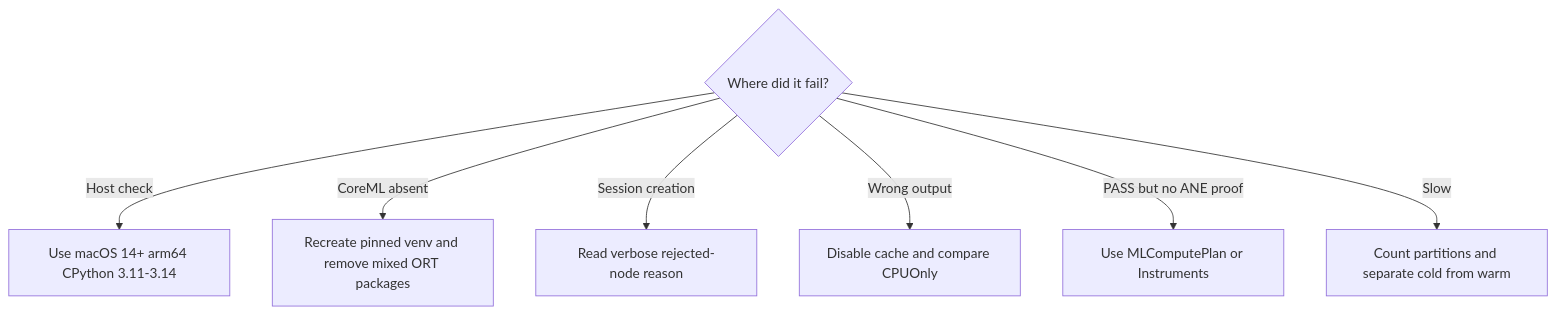
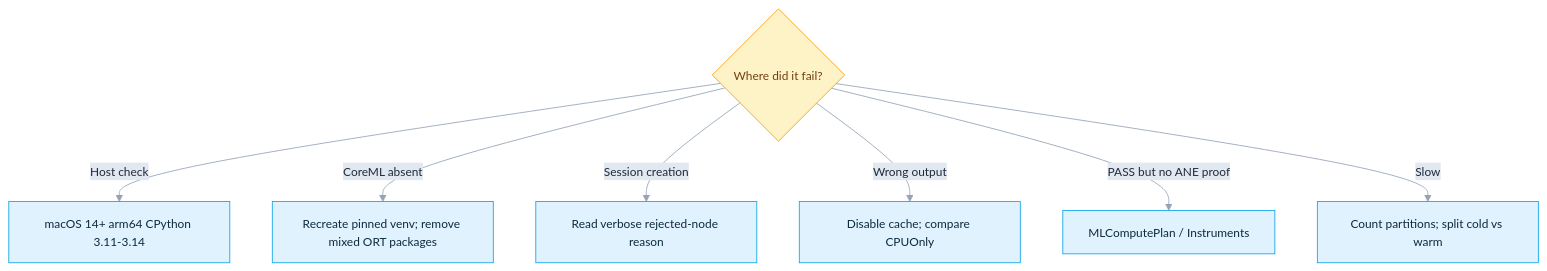
Before and after one commit to DakeQQ/Tutorial-ONNX-Runtime-Execution-Providers: diagram 11 of 12 in Apple/README.md, drawn with Mermaid. The commit also changed other lines of this file and 15 other files, not shown here.

````diff
--- a/Apple/README.md
+++ b/Apple/README.md
@@ -455,10 +603,15 @@
 ```mermaid
+%%{init: {"theme":"base","themeVariables":{"fontSize":"14px","lineColor":"#94a3b8","edgeLabelBackground":"#e2e8f0","primaryTextColor":"#1e293b"}}}%%
 flowchart TD
-  A{Where did it fail?}
-  A -->|Host check| B[Use macOS 14+ arm64 CPython 3.11-3.14]
-  A -->|CoreML absent| C[Recreate pinned venv and remove mixed ORT packages]
-  A -->|Session creation| D[Read verbose rejected-node reason]
-  A -->|Wrong output| E[Disable cache and compare CPUOnly]
-  A -->|PASS but no ANE proof| F[Use MLComputePlan or Instruments]
-  A -->|Slow| G[Count partitions and separate cold from warm]
+  A{"Where did it fail?"}
+  A -->|Host check| B["macOS 14+ arm64 CPython 3.11-3.14"]
+  A -->|CoreML absent| C["Recreate pinned venv; remove mixed ORT packages"]
+  A -->|Session creation| D["Read verbose rejected-node reason"]
+  A -->|Wrong output| E["Disable cache; compare CPUOnly"]
+  A -->|PASS but no ANE proof| F["MLComputePlan / Instruments"]
+  A -->|Slow| G["Count partitions; split cold vs warm"]
+  classDef dec fill:#fef3c7,stroke:#f59e0b,color:#713f12;
+  classDef step fill:#e0f2fe,stroke:#0ea5e9,color:#0c2a3d;
+  class A dec;
+  class B,C,D,E,F,G step;
 ```
````
